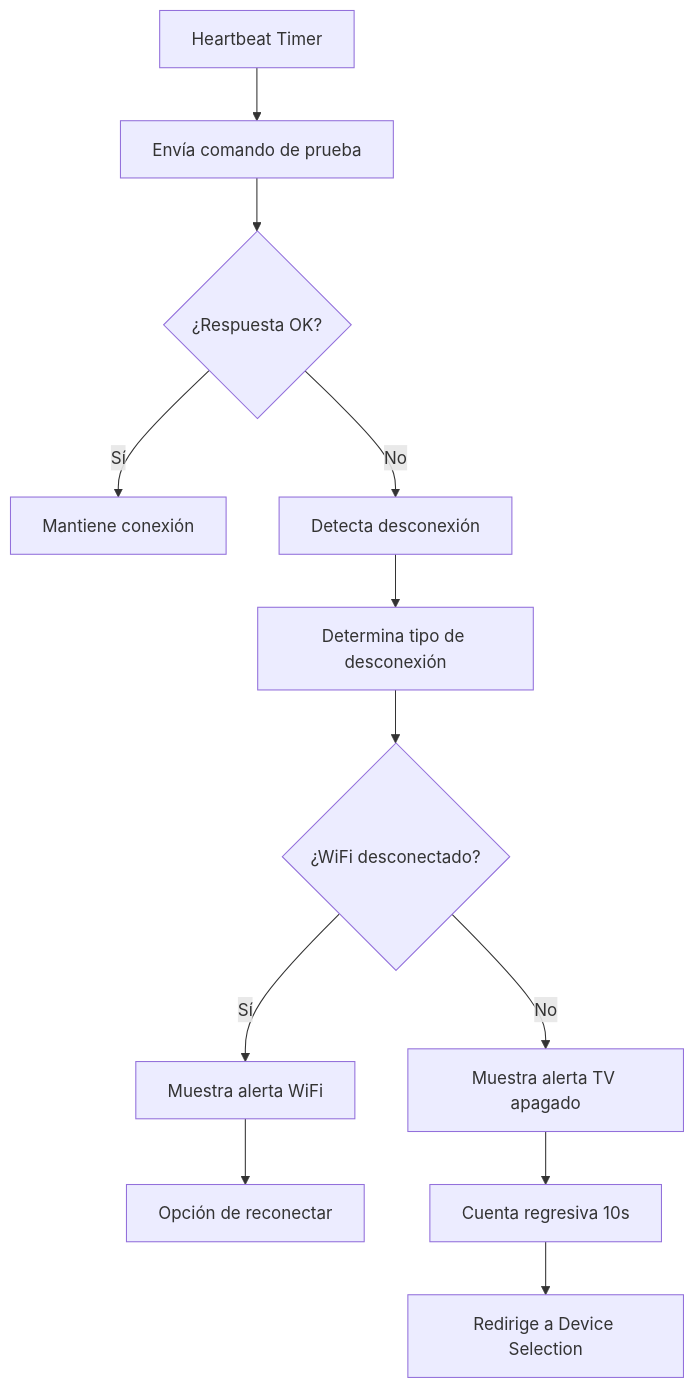
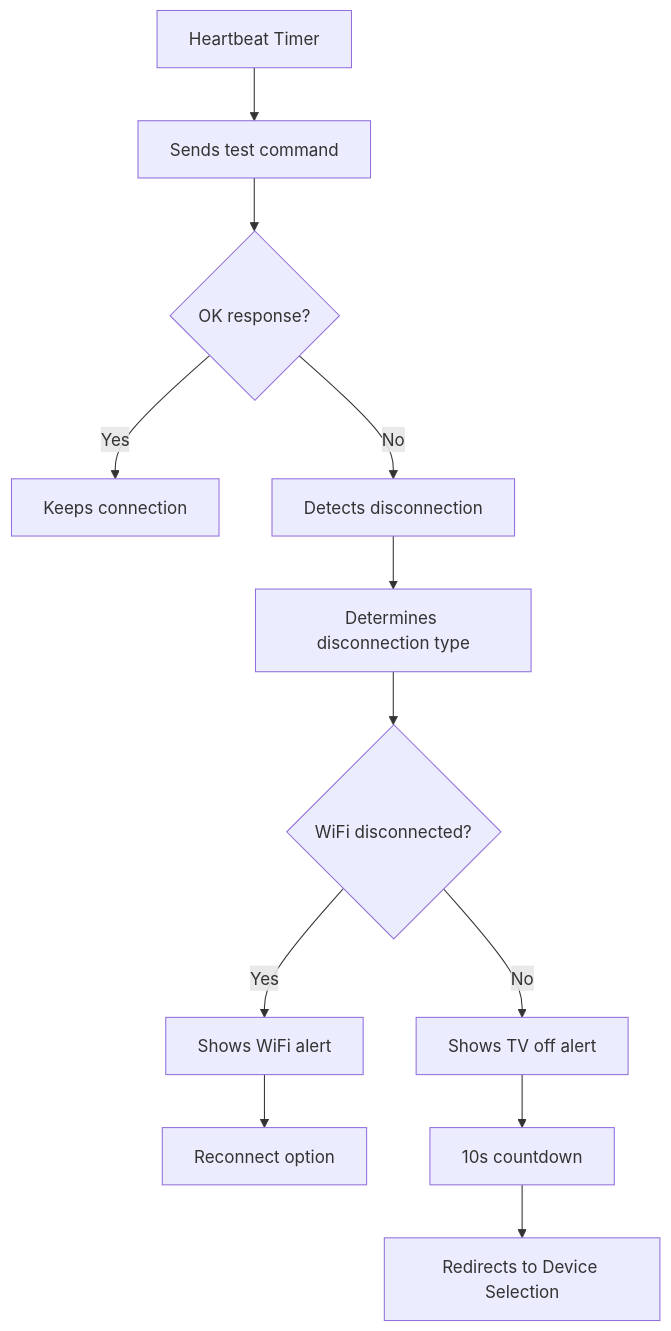
One commit to mazen-salah/Smart-TV-Remote-Control changed the sixth of 10 diagrams in README.md. Above: the diagram before and after it, drawn with Mermaid. The commit also changed other lines of this file, not shown here.

````diff
--- a/README.md
+++ b/README.md
@@ -343,14 +343,14 @@
 ```mermaid
 flowchart TD
-    A[Heartbeat Timer] --> B[Envía comando de prueba]
-    B --> C{¿Respuesta OK?}
-    C -->|Sí| D[Mantiene conexión]
-    C -->|No| E[Detecta desconexión]
-    E --> F[Determina tipo de desconexión]
-    F --> G{¿WiFi desconectado?}
-    G -->|Sí| H[Muestra alerta WiFi]
-    G -->|No| I[Muestra alerta TV apagado]
-    H --> J[Opción de reconectar]
-    I --> K[Cuenta regresiva 10s]
-    K --> L[Redirige a Device Selection]
+    A[Heartbeat Timer] --> B[Sends test command]
+    B --> C{OK response?}
+    C -->|Yes| D[Keeps connection]
+    C -->|No| E[Detects disconnection]
+    E --> F[Determines disconnection type]
+    F --> G{WiFi disconnected?}
+    G -->|Yes| H[Shows WiFi alert]
+    G -->|No| I[Shows TV off alert]
+    H --> J[Reconnect option]
+    I --> K[10s countdown]
+    K --> L[Redirects to Device Selection]
 ```
````
